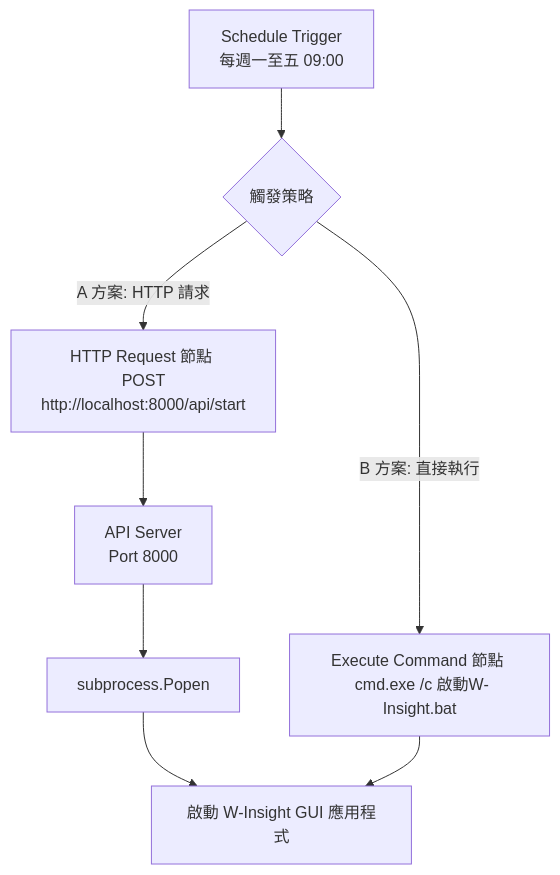
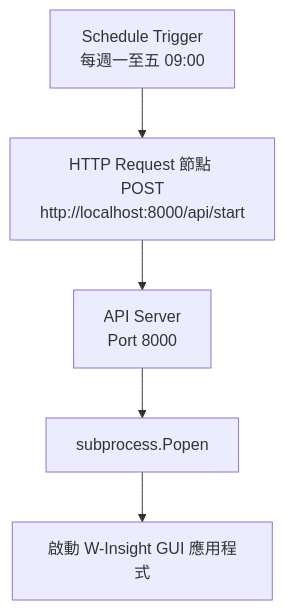
Before and after one commit to kkla1016/w-insight: diagram 13 of 13 in spec.md, drawn with Mermaid. The commit also changed other lines of this file and 2 other files, not shown here.

Commit message:
fix: 移除 n8n 工作流中受限的 executeCommand 節點，僅保留相容性極佳的 HTTP Trigger 分支

````diff
--- a/spec.md
+++ b/spec.md
@@ -506,10 +506,7 @@
 ```mermaid
 flowchart TD
-    A[Schedule Trigger <br/> 每週一至五 09:00] --> B{觸發策略}
-    B -->|A 方案: HTTP 請求| C[HTTP Request 節點 <br/> POST http://localhost:8000/api/start]
-    B -->|B 方案: 直接執行| D[Execute Command 節點 <br/> cmd.exe /c 啟動W-Insight.bat]
-    C --> E[API Server <br/> Port 8000]
-    E --> F[subprocess.Popen]
-    F --> G[啟動 W-Insight GUI 應用程式]
-    D --> G
+    A[Schedule Trigger <br/> 每週一至五 09:00] --> B[HTTP Request 節點 <br/> POST http://localhost:8000/api/start]
+    B --> C[API Server <br/> Port 8000]
+    C --> D[subprocess.Popen]
+    D --> E[啟動 W-Insight GUI 應用程式]
 ```
````
